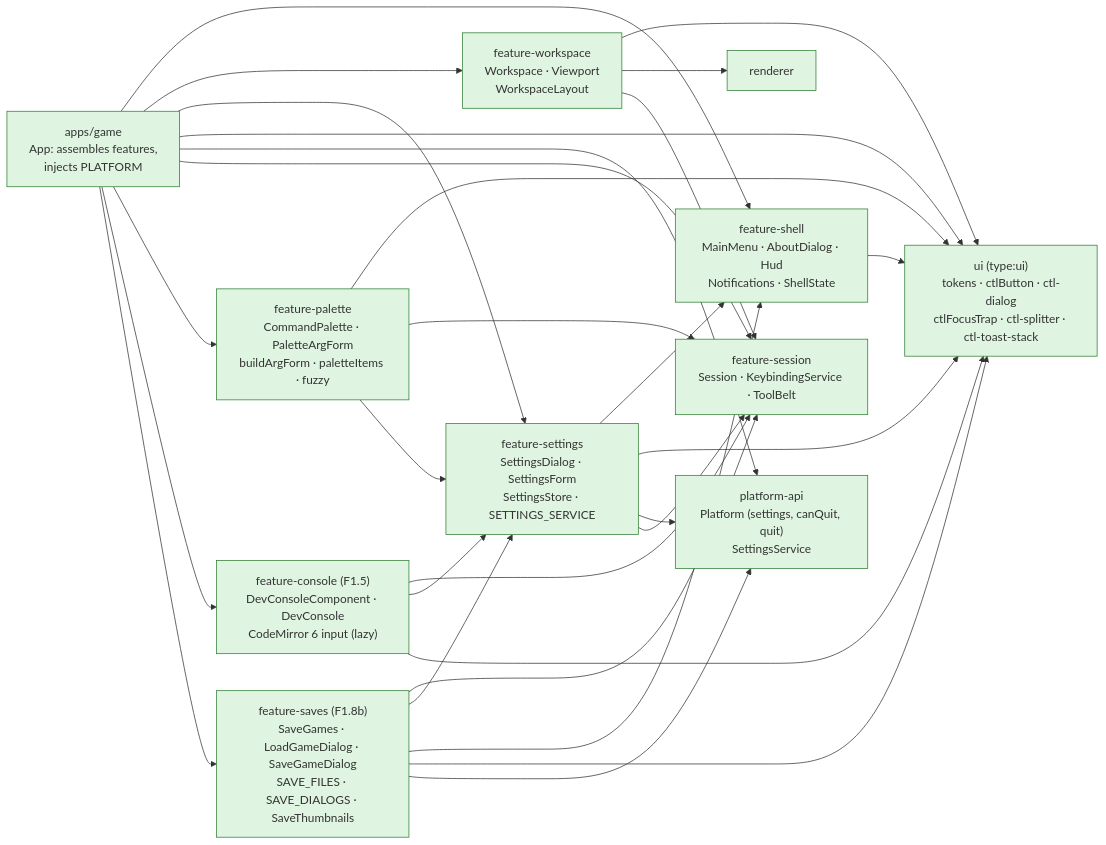
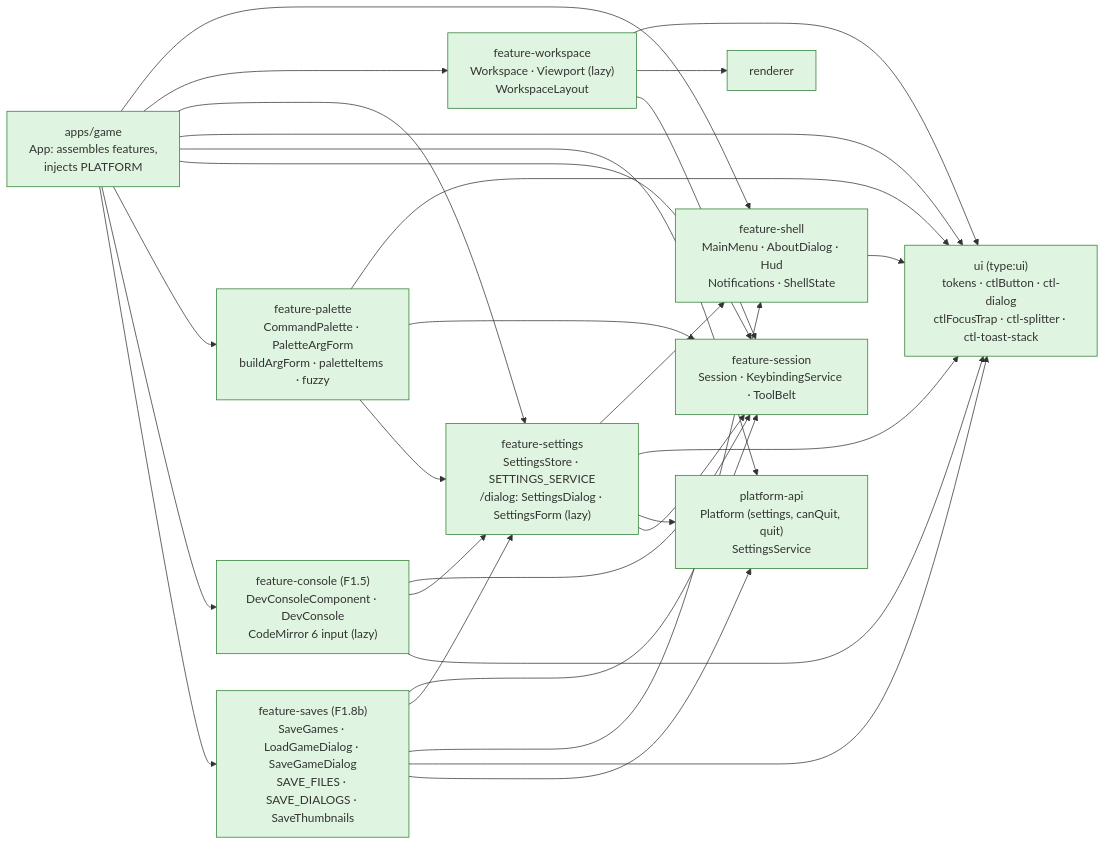
One commit to joebarbere/controls changed the first of 19 diagrams in docs/architecture/ui-shell.md. Above: the diagram before and after it, drawn with Mermaid. The commit also changed other lines of this file and 16 other files, not shown here.

````diff
--- a/docs/architecture/ui-shell.md
+++ b/docs/architecture/ui-shell.md
@@ -7,26 +7,26 @@
 ```mermaid
 flowchart LR
     classDef done fill:#dff5e1,stroke:#2e7d32;
     classDef later fill:#f4f4f4,stroke:#999,stroke-dasharray: 4 3;
 
     GAME["apps/game<br/>App: assembles features,<br/>injects PLATFORM"]:::done
     SHELL["feature-shell<br/>MainMenu · AboutDialog · Hud<br/>Notifications · ShellState"]:::done
-    WS["feature-workspace<br/>Workspace · Viewport<br/>WorkspaceLayout"]:::done
-    SET["feature-settings<br/>SettingsDialog · SettingsForm<br/>SettingsStore · SETTINGS_SERVICE"]:::done
+    WS["feature-workspace<br/>Workspace · Viewport (lazy)<br/>WorkspaceLayout"]:::done
+    SET["feature-settings<br/>SettingsStore · SETTINGS_SERVICE<br/>/dialog: SettingsDialog · SettingsForm (lazy)"]:::done
     UI["ui (type:ui)<br/>tokens · ctlButton · ctl-dialog<br/>ctlFocusTrap · ctl-splitter · ctl-toast-stack"]:::done
     PAPI["platform-api<br/>Platform (settings, canQuit, quit)<br/>SettingsService"]:::done
     REND["renderer"]:::done
     SESS["feature-session<br/>Session · KeybindingService · ToolBelt"]:::done
     PAL["feature-palette<br/>CommandPalette · PaletteArgForm<br/>buildArgForm · paletteItems · fuzzy"]:::done
     CON["feature-console (F1.5)<br/>DevConsoleComponent · DevConsole<br/>CodeMirror 6 input (lazy)"]:::done
     SAV["feature-saves (F1.8b)<br/>SaveGames · LoadGameDialog · SaveGameDialog<br/>SAVE_FILES · SAVE_DIALOGS · SaveThumbnails"]:::done
 
     GAME --> SHELL & WS & SET & UI & PAPI & SESS & PAL
     SET --> SHELL & UI & PAPI & SESS
     SHELL --> UI
     WS --> UI & REND & SESS
     PAL --> UI & SESS & SET
     CON --> SESS & SET & UI
     GAME --> CON & SAV
     SAV --> SESS & SET & SHELL & UI & PAPI
 ```
````
